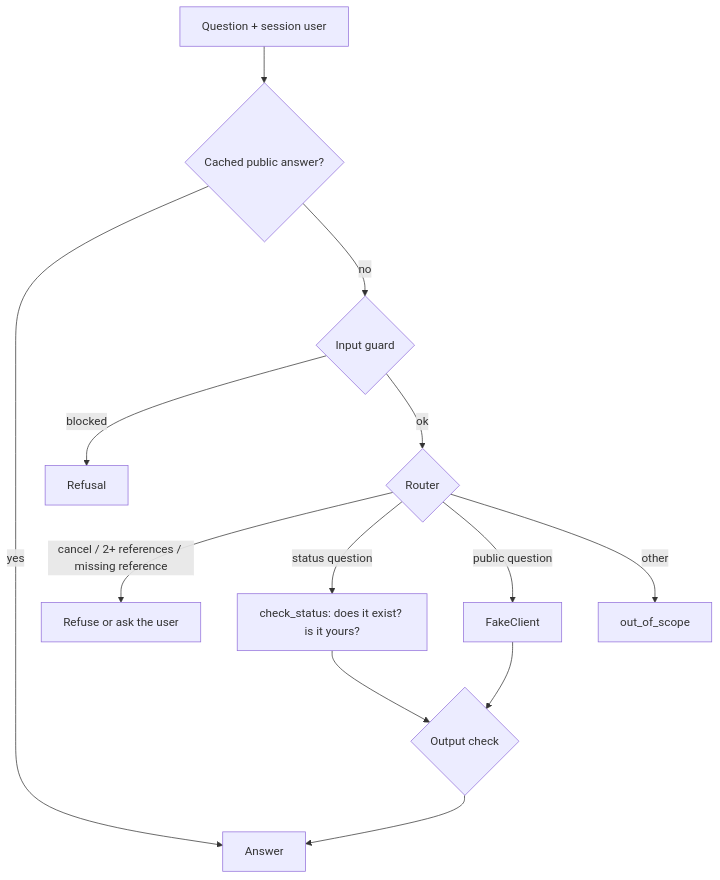
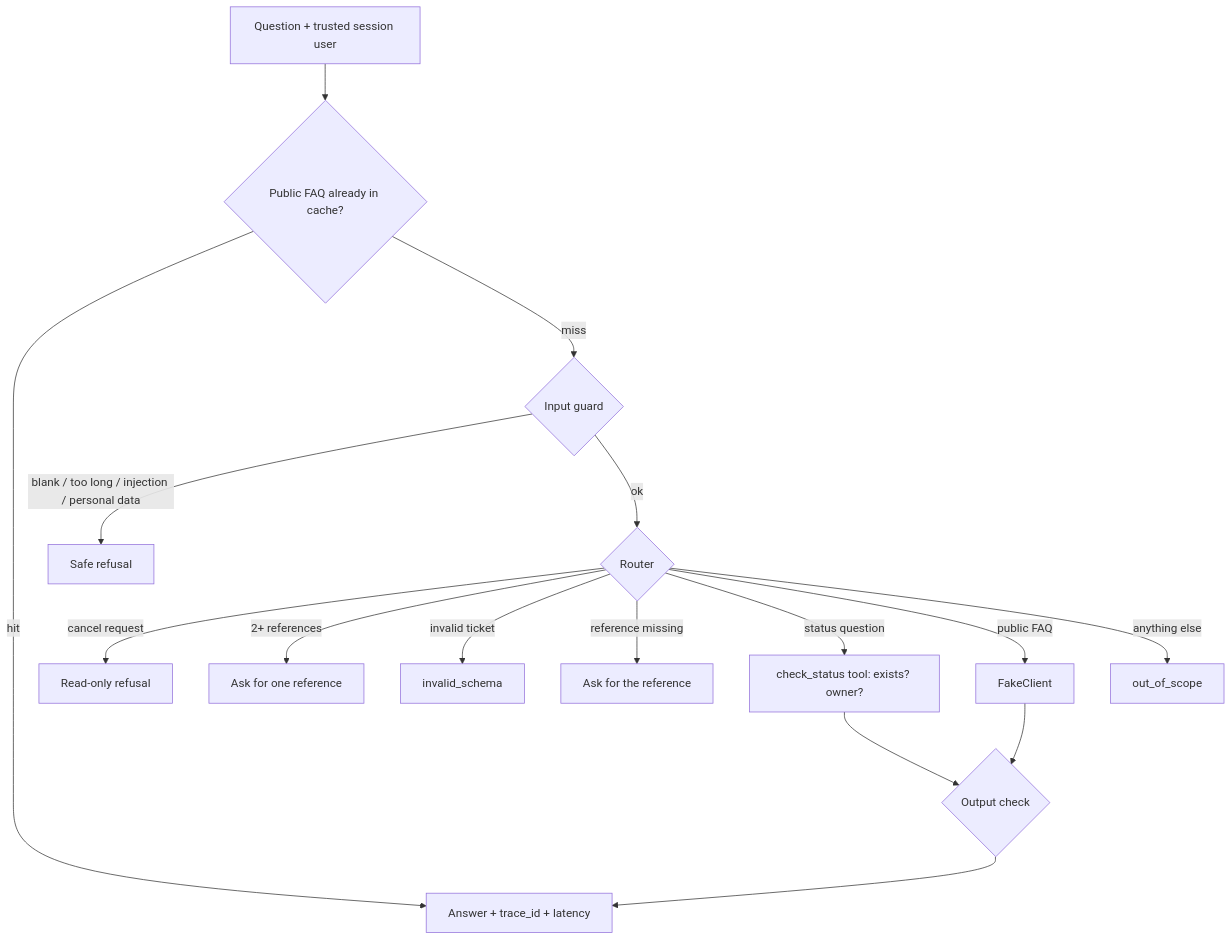
Before and after one commit to wejdanturki7/murshid-llm-application-engineering-sda-WejdanTAlotaibi: the diagram in README.md, drawn with Mermaid. The commit also changed other lines of this file, not shown here.

````diff
--- a/README.md
+++ b/README.md
@@ -50,15 +62,18 @@
 ```mermaid
 flowchart TD
-    A["Question + session user"] --> B{"Cached public answer?"}
-    B -- "yes" --> Z["Answer"]
-    B -- "no" --> C{"Input guard"}
-    C -- "blocked" --> R1["Refusal"]
+    A["Question + trusted session user"] --> B{"Public FAQ already in cache?"}
+    B -- "hit" --> Z["Answer + trace_id + latency"]
+    B -- "miss" --> C{"Input guard"}
+    C -- "blank / too long / injection / personal data" --> R1["Safe refusal"]
     C -- "ok" --> D{"Router"}
-    D -- "cancel / 2+ references / missing reference" --> R2["Refuse or ask the user"]
-    D -- "status question" --> T["check_status: does it exist? is it yours?"]
-    D -- "public question" --> F["FakeClient"]
-    D -- "other" --> R3["out_of_scope"]
+    D -- "cancel request" --> R2["Read-only refusal"]
+    D -- "2+ references" --> R3["Ask for one reference"]
+    D -- "invalid ticket" --> R4["invalid_schema"]
+    D -- "reference missing" --> R5["Ask for the reference"]
+    D -- "status question" --> T["check_status tool: exists? owner?"]
+    D -- "public FAQ" --> F["FakeClient"]
+    D -- "anything else" --> R6["out_of_scope"]
     T --> V{"Output check"}
     F --> V
     V --> Z
 ```
````
